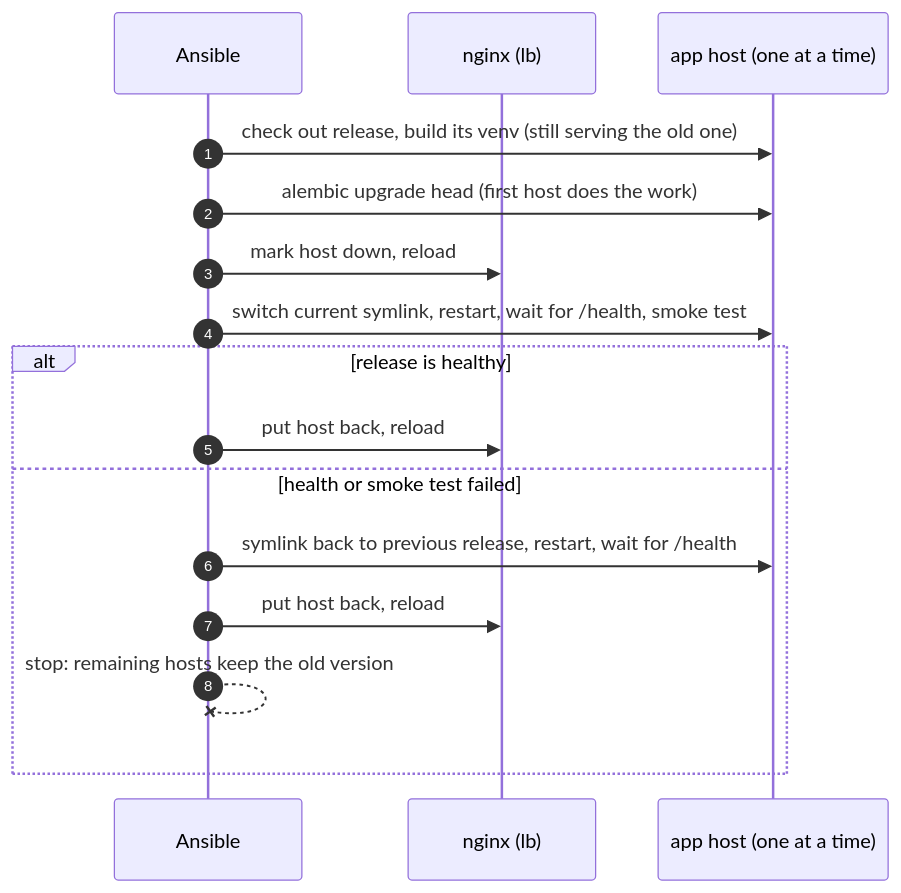
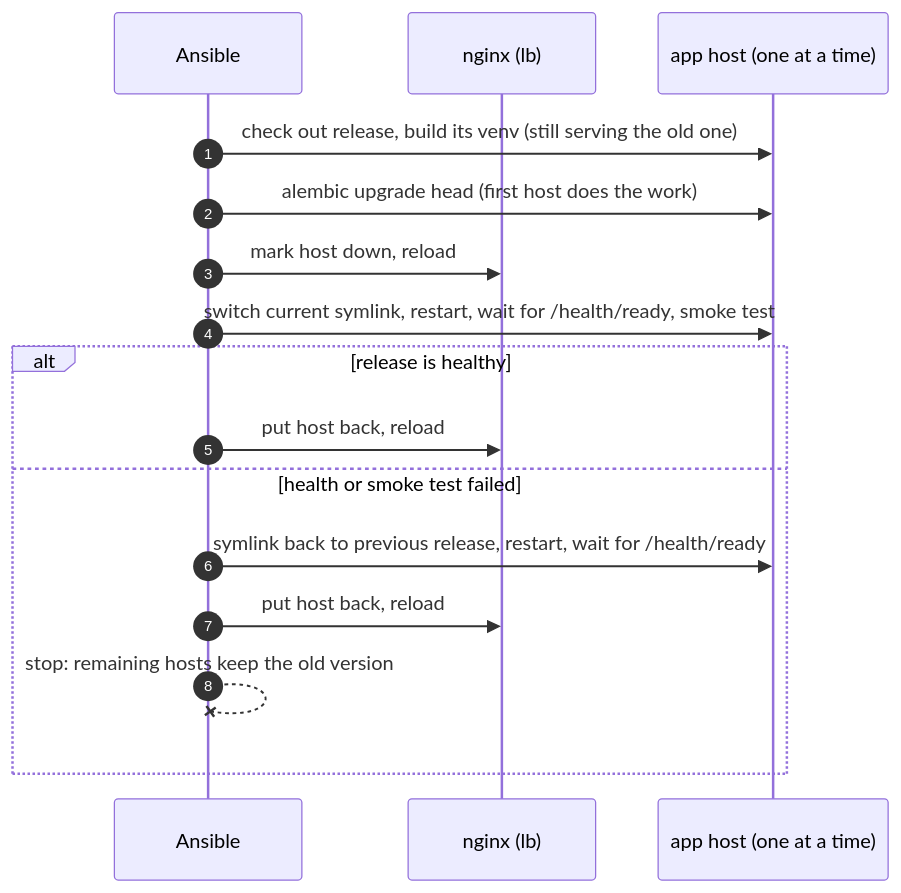
Before and after one commit to DYyyyDYyy/ansible-infra: the second of 2 diagrams in README.md, drawn with Mermaid. The commit also changed other lines of this file and 4 other files, not shown here.

First line of the commit message:
app: gate deploys on /health/ready now that the API has it

````diff
--- a/README.md
+++ b/README.md
@@ -123,18 +123,18 @@
 ```mermaid
 sequenceDiagram
     autonumber
     participant A as Ansible
     participant LB as nginx (lb)
     participant H as app host (one at a time)
     A->>H: check out release, build its venv (still serving the old one)
     A->>H: alembic upgrade head (first host does the work)
     A->>LB: mark host down, reload
-    A->>H: switch current symlink, restart, wait for /health, smoke test
+    A->>H: switch current symlink, restart, wait for /health/ready, smoke test
     alt release is healthy
         A->>LB: put host back, reload
     else health or smoke test failed
-        A->>H: symlink back to previous release, restart, wait for /health
+        A->>H: symlink back to previous release, restart, wait for /health/ready
         A->>LB: put host back, reload
         A--xA: stop: remaining hosts keep the old version
     end
 ```
````
